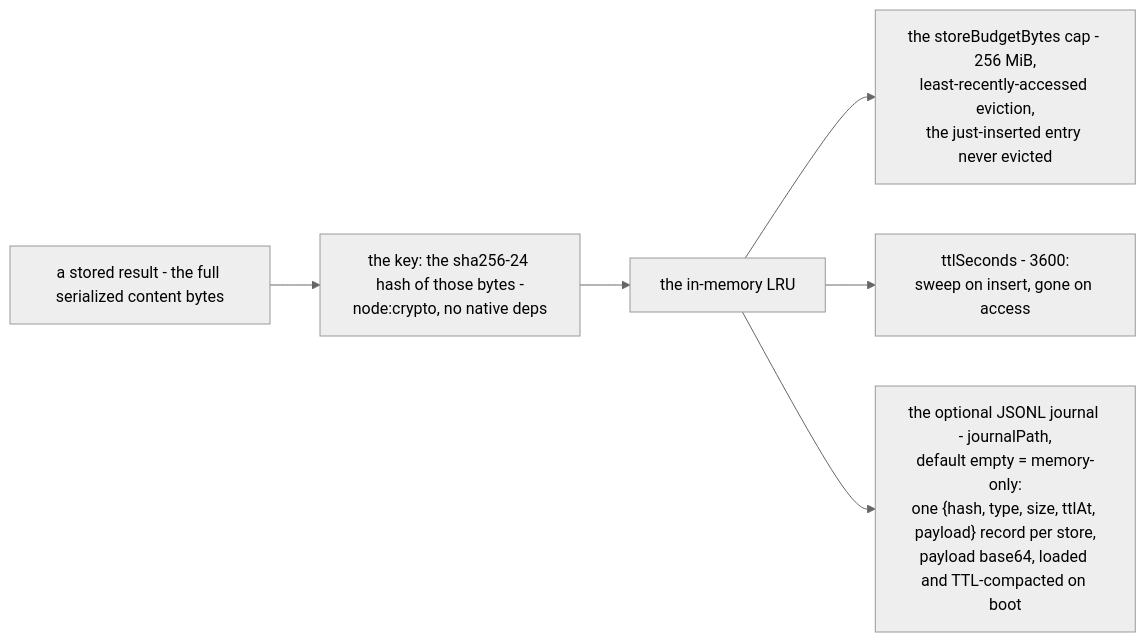
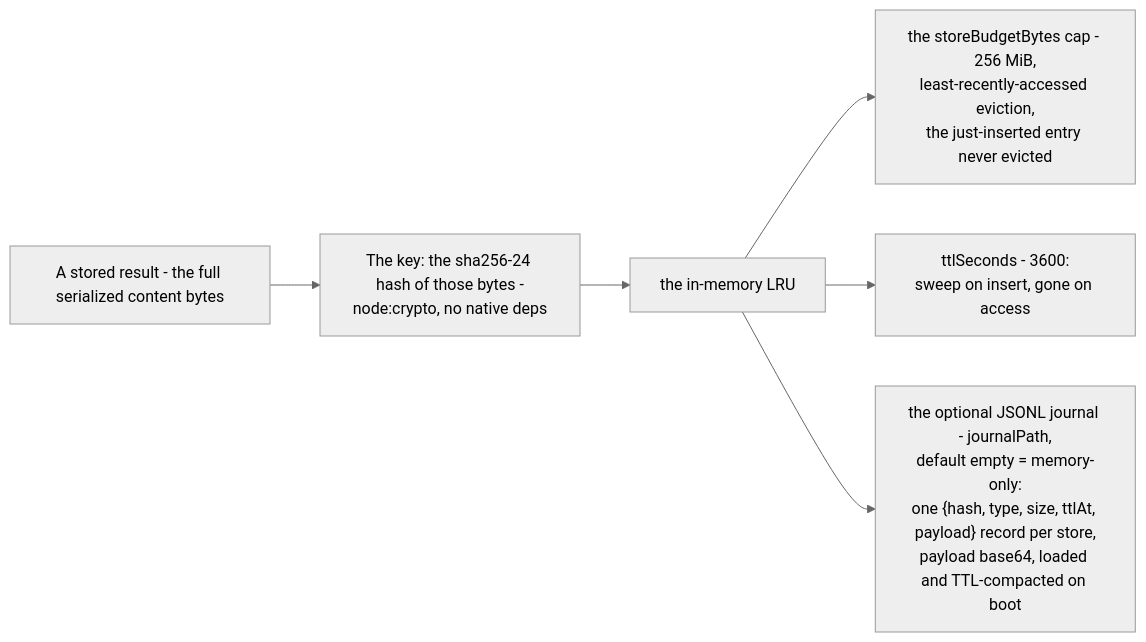
Before and after one commit to PlayForm/Site-DeepSeek: the diagram in Source/Content/Mermaid/ccr-store.mmd, drawn with Mermaid (neutral theme). The commit also changed 141 other files, not shown here.

```diff
--- a/Source/Content/Mermaid/ccr-store.mmd
+++ b/Source/Content/Mermaid/ccr-store.mmd
@@ -1,6 +1,6 @@
 flowchart LR
-	IN["a stored result - the full serialized content bytes"] --> KEY["the key: the sha256-24 hash of those bytes -<br/>node:crypto, no native deps"]
+	IN["A stored result - the full serialized content bytes"] --> KEY["The key: the sha256-24 hash of those bytes -<br/>node:crypto, no native deps"]
 	KEY --> LRU["the in-memory LRU"]
 	LRU --> BUD["the storeBudgetBytes cap - 256 MiB,<br/>least-recently-accessed eviction,<br/>the just-inserted entry never evicted"]
 	LRU --> TTL["ttlSeconds - 3600:<br/>sweep on insert, gone on access"]
 	LRU --> JRN["the optional JSONL journal - journalPath,<br/>default empty = memory-only:<br/>one {hash, type, size, ttlAt, payload} record per store,<br/>payload base64, loaded and TTL-compacted on boot"]
```
